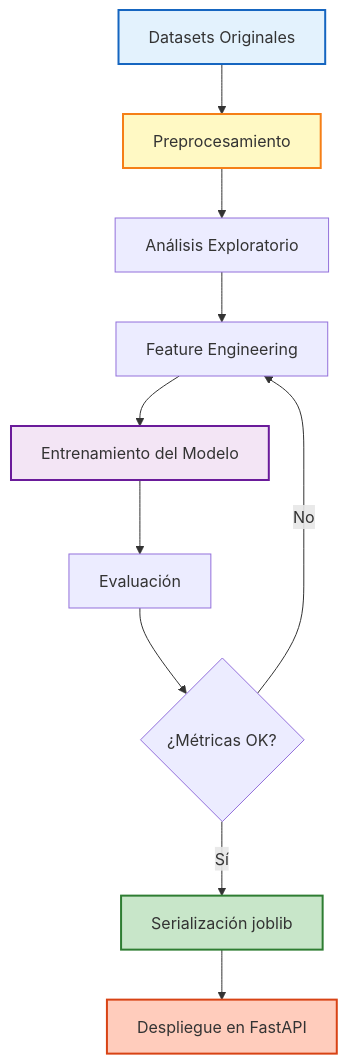
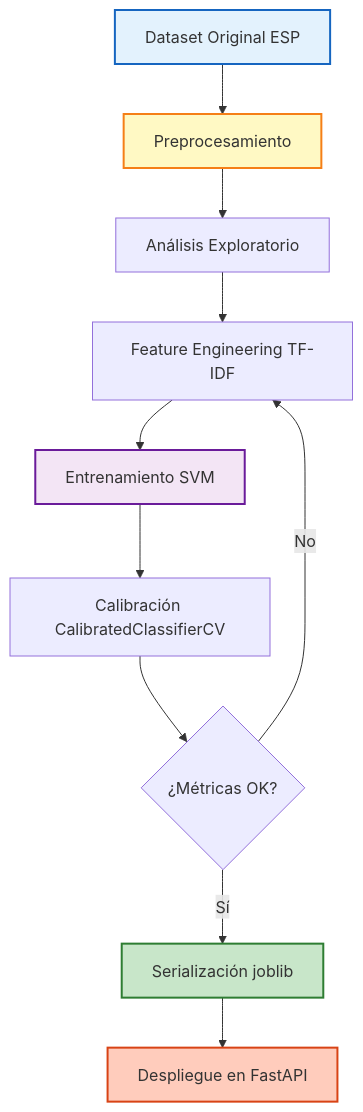
The third of 3 diagrams in README.md (ml-punto-tech/sentiment-api), drawn with Mermaid before and after one commit. The commit also changed other lines of this file, not shown here.

````diff
--- a/README.md
+++ b/README.md
@@ -326,18 +345,18 @@
 ```mermaid
 flowchart TD
-    A[Datasets Originales] --> B[Preprocesamiento]
+    A[Dataset Original ESP] --> B[Preprocesamiento]
     B --> C[Análisis Exploratorio]
-    C --> D[Feature Engineering]
-    D --> E[Entrenamiento del Modelo]
-    E --> F[Evaluación]
+    C --> D[Feature Engineering TF-IDF]
+    D --> E[Entrenamiento SVM]
+    E --> F[Calibración CalibratedClassifierCV]
     F --> G{¿Métricas OK?}
     G -->|No| D
     G -->|Sí| H[Serialización joblib]
     H --> I[Despliegue en FastAPI]
     
     style A fill:#e3f2fd,stroke:#1565c0,stroke-width:2px
     style B fill:#fff9c4,stroke:#f57f17,stroke-width:2px
     style E fill:#f3e5f5,stroke:#6a1b9a,stroke-width:2px
     style H fill:#c8e6c9,stroke:#2e7d32,stroke-width:2px
     style I fill:#ffccbc,stroke:#d84315,stroke-width:2px
 ```
````
